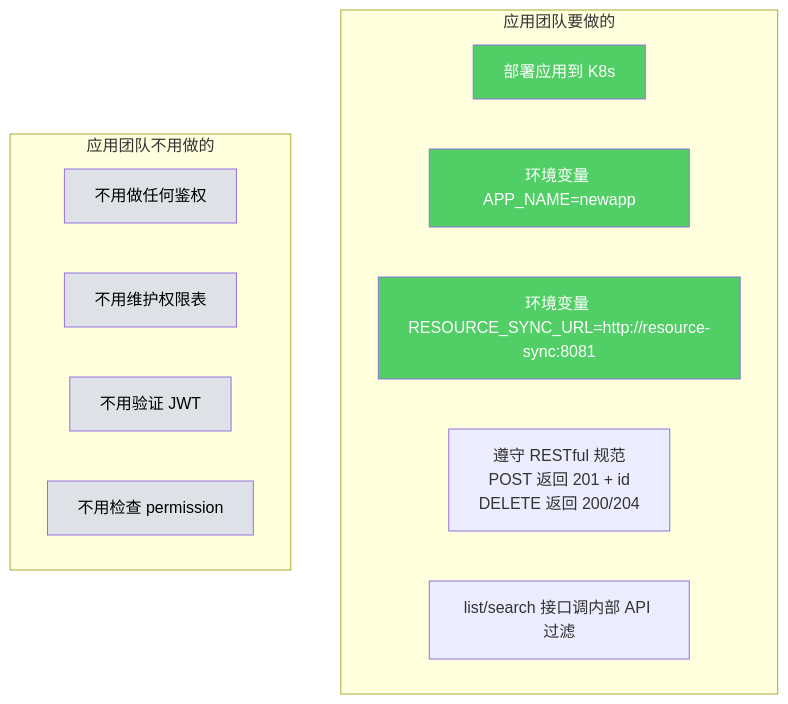
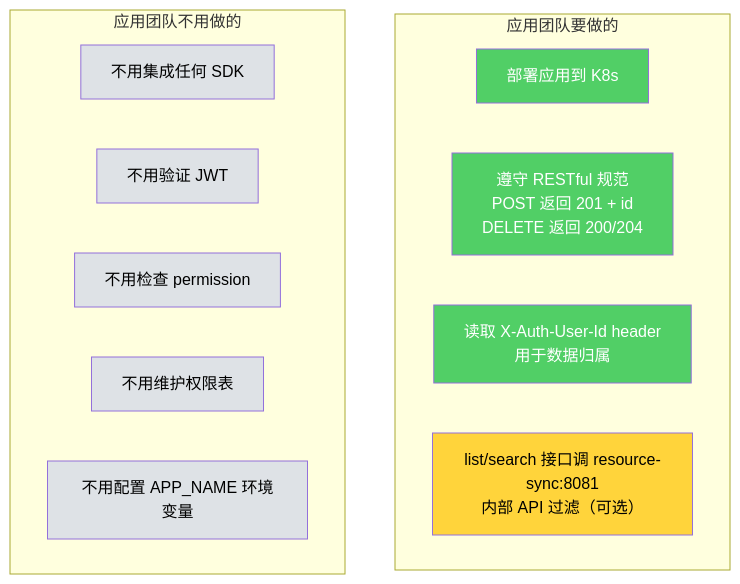
One commit to xiewanchao/aidp-iam changed the seventh of 10 diagrams in diagrams/onboarding-flow.md. Above: the diagram before and after it, drawn with Mermaid. The commit also changed other lines of this file and 5 other files, not shown here.

````diff
--- a/diagrams/onboarding-flow.md
+++ b/diagrams/onboarding-flow.md
@@ -191,25 +302,27 @@
 ```mermaid
 flowchart TD
     subgraph 应用团队要做的
         D1[部署应用到 K8s]
-        D2[环境变量 APP_NAME=newapp]
-        D3[环境变量 RESOURCE_SYNC_URL=http://resource-sync:8081]
-        D4[遵守 RESTful 规范<br/>POST 返回 201 + id<br/>DELETE 返回 200/204]
-        D5[list/search 接口调内部 API 过滤]
+        D2[遵守 RESTful 规范<br/>POST 返回 201 + id<br/>DELETE 返回 200/204]
+        D3[读取 X-Auth-User-Id header<br/>用于数据归属]
+        D4["list/search 接口调 resource-sync:8081<br/>内部 API 过滤（可选）"]
     end
 
     subgraph 应用团队不用做的
-        N1[不用做任何鉴权]
-        N2[不用维护权限表]
-        N3[不用验证 JWT]
-        N4[不用检查 permission]
+        N1[不用集成任何 SDK]
+        N2[不用验证 JWT]
+        N3[不用检查 permission]
+        N4[不用维护权限表]
+        N5[不用配置 APP_NAME 环境变量]
     end
 
     style D1 fill:#51cf66,color:#fff
     style D2 fill:#51cf66,color:#fff
     style D3 fill:#51cf66,color:#fff
+    style D4 fill:#ffd43b,color:#000
     style N1 fill:#dee2e6,color:#000
     style N2 fill:#dee2e6,color:#000
     style N3 fill:#dee2e6,color:#000
     style N4 fill:#dee2e6,color:#000
+    style N5 fill:#dee2e6,color:#000
 ```
````
